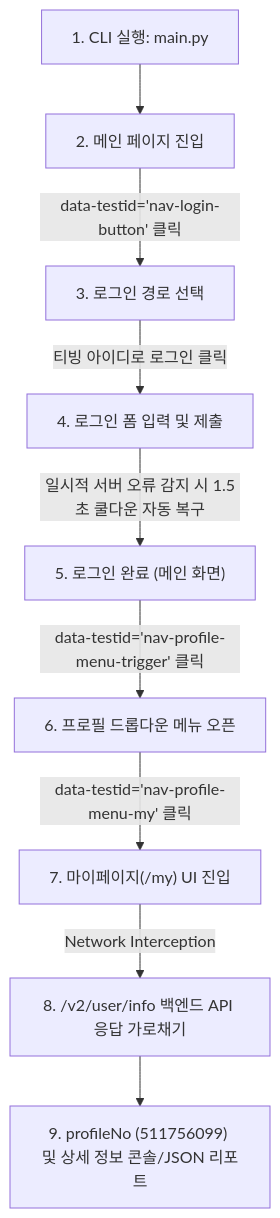
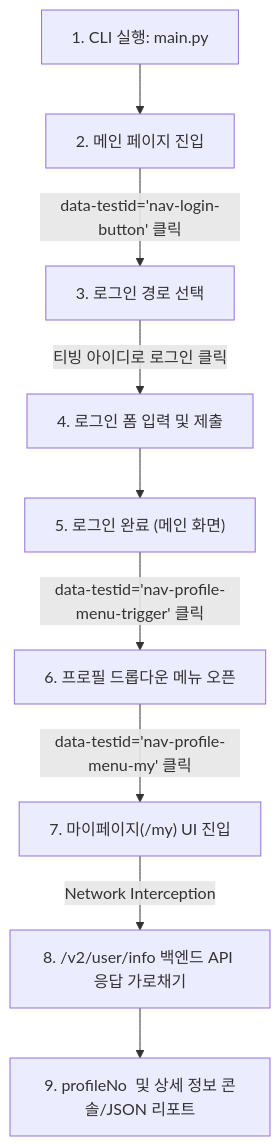
One commit to xodnkim/tving_profileno changed the diagram in README.md. Above: the diagram before and after it, drawn with Mermaid. The commit also changed other lines of this file, not shown here.

````diff
--- a/README.md
+++ b/README.md
@@ -12,11 +12,11 @@
 ```mermaid
 flowchart TD
     A["1. CLI 실행: main.py"] --> B["2. 메인 페이지 진입"]
     B -->|data-testid='nav-login-button' 클릭| C["3. 로그인 경로 선택"]
     C -->|티빙 아이디로 로그인 클릭| D["4. 로그인 폼 입력 및 제출"]
-    D -->|일시적 서버 오류 감지 시 1.5초 쿨다운 자동 복구| E["5. 로그인 완료 (메인 화면)"]
+    D --> E["5. 로그인 완료 (메인 화면)"]
     E -->|data-testid='nav-profile-menu-trigger' 클릭| F["6. 프로필 드롭다운 메뉴 오픈"]
     F -->|data-testid='nav-profile-menu-my' 클릭| G["7. 마이페이지(/my) UI 진입"]
     G -->|Network Interception| H["8. /v2/user/info 백엔드 API 응답 가로채기"]
-    H --> I["9. profileNo (511756099) 및 상세 정보 콘솔/JSON 리포트"]
+    H --> I["9. profileNo  및 상세 정보 콘솔/JSON 리포트"]
 ```
````
